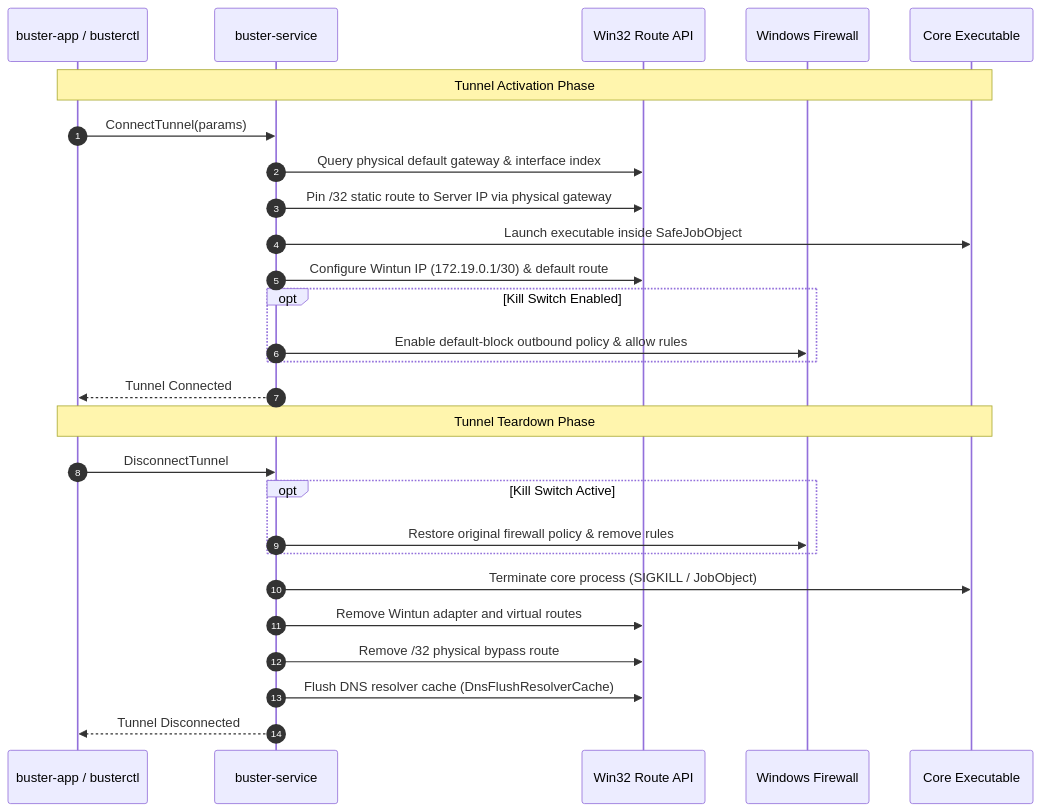
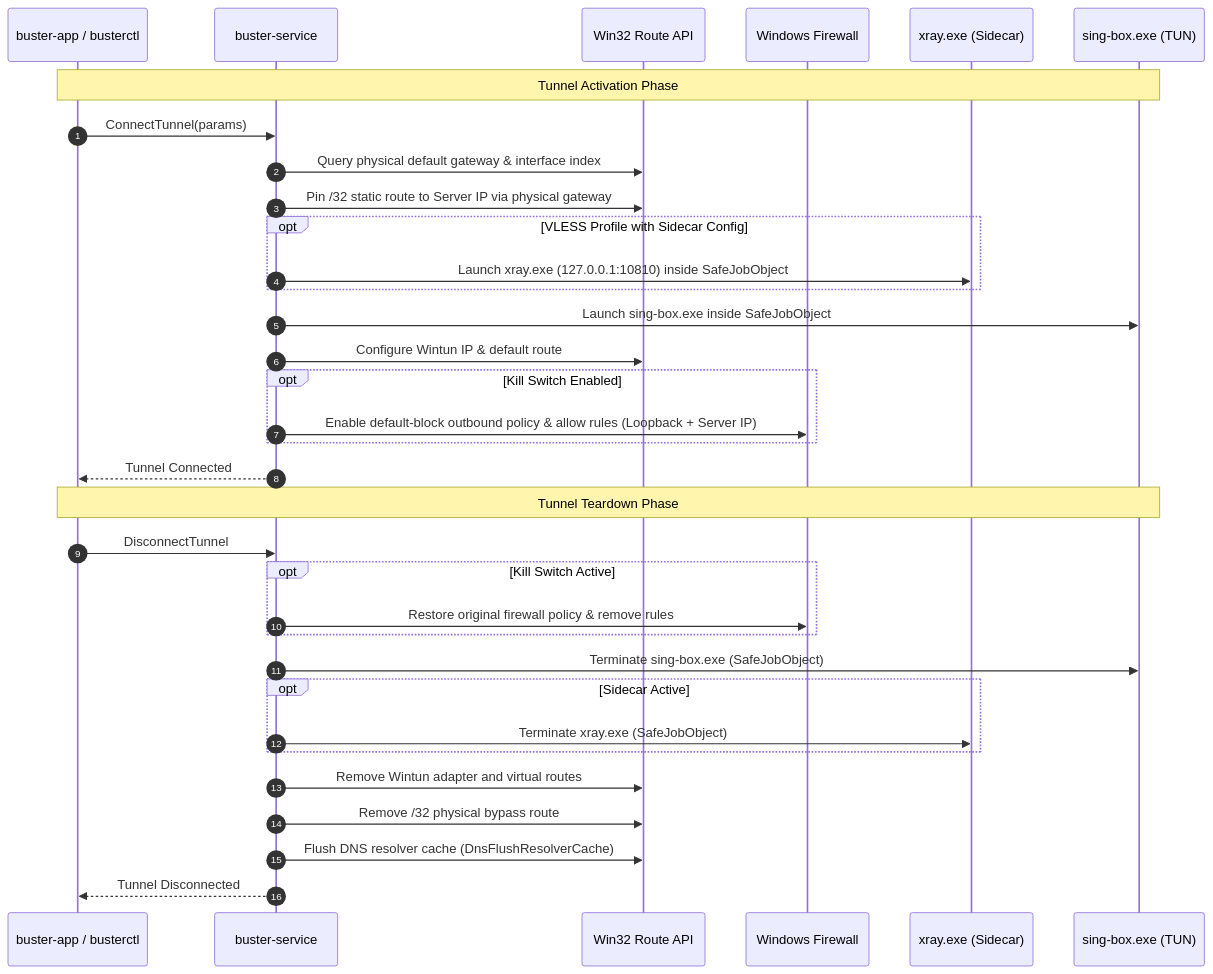
One commit to ReinQQ/BusterVPN changed the second of 2 diagrams in docs/ARCHITECTURE.md. Above: the diagram before and after it, drawn with Mermaid. The commit also changed other lines of this file and 2 other files, not shown here.

Commit message:
docs: update README and architecture docs for v1.5.0

````diff
--- a/docs/ARCHITECTURE.md
+++ b/docs/ARCHITECTURE.md
@@ -142,31 +143,38 @@
 ```mermaid
 sequenceDiagram
     autonumber
     participant UI as buster-app / busterctl
     participant Svc as buster-service
     participant Net as Win32 Route API
     participant FW as Windows Firewall
-    participant Core as Core Executable
+    participant Sidecar as xray.exe (Sidecar)
+    participant Core as sing-box.exe (TUN)
 
     Note over UI,Core: Tunnel Activation Phase
     UI->>Svc: ConnectTunnel(params)
     Svc->>Net: Query physical default gateway & interface index
     Svc->>Net: Pin /32 static route to Server IP via physical gateway
-    Svc->>Core: Launch executable inside SafeJobObject
-    Svc->>Net: Configure Wintun IP (172.19.0.1/30) & default route
+    opt VLESS Profile with Sidecar Config
+        Svc->>Sidecar: Launch xray.exe (127.0.0.1:10810) inside SafeJobObject
+    end
+    Svc->>Core: Launch sing-box.exe inside SafeJobObject
+    Svc->>Net: Configure Wintun IP & default route
     opt Kill Switch Enabled
-        Svc->>FW: Enable default-block outbound policy & allow rules
+        Svc->>FW: Enable default-block outbound policy & allow rules (Loopback + Server IP)
     end
     Svc-->>UI: Tunnel Connected
 
     Note over UI,Core: Tunnel Teardown Phase
     UI->>Svc: DisconnectTunnel
     opt Kill Switch Active
         Svc->>FW: Restore original firewall policy & remove rules
     end
-    Svc->>Core: Terminate core process (SIGKILL / JobObject)
+    Svc->>Core: Terminate sing-box.exe (SafeJobObject)
+    opt Sidecar Active
+        Svc->>Sidecar: Terminate xray.exe (SafeJobObject)
+    end
     Svc->>Net: Remove Wintun adapter and virtual routes
     Svc->>Net: Remove /32 physical bypass route
     Svc->>Net: Flush DNS resolver cache (DnsFlushResolverCache)
     Svc-->>UI: Tunnel Disconnected
 ```
````
